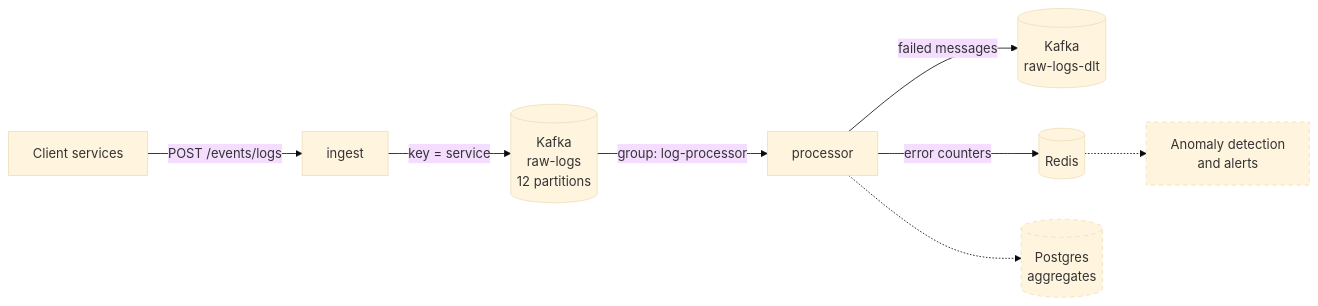
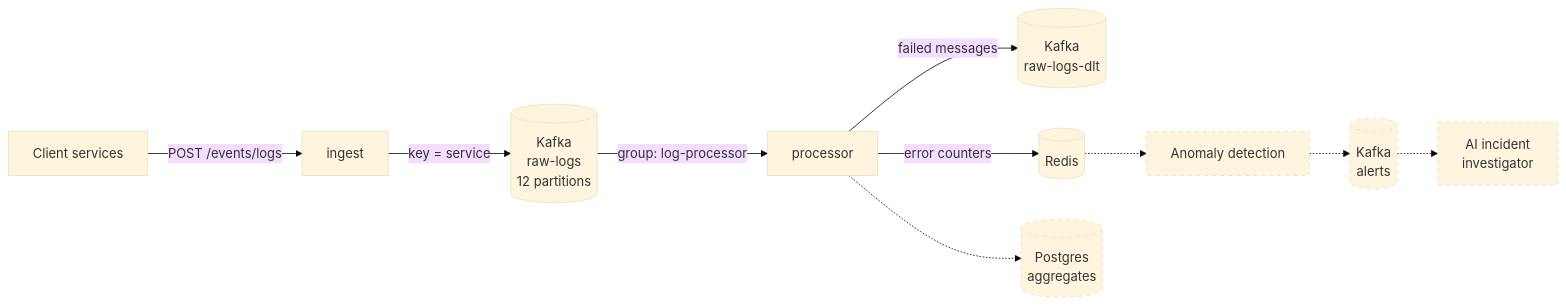
The diagram in README.md (ShaharAshe/log-analytics-platform), drawn with Mermaid (base theme) before and after one commit. The commit also changed other lines of this file, not shown here.

First line of the commit message:
Update README roadmap and architecture for the revised plan

````diff
--- a/README.md
+++ b/README.md
@@ -24,13 +25,15 @@
 ```mermaid
 flowchart LR
   S[Client services] -->|POST /events/logs| I[ingest]
   I -->|key = service| K[(Kafka<br/>raw-logs<br/>12 partitions)]
   K -->|group: log-processor| P[processor]
   P -->|failed messages| D[(Kafka<br/>raw-logs-dlt)]
   P -->|error counters| R[(Redis)]
+  R -.-> A[Anomaly detection]
+  A -.-> AL[(Kafka<br/>alerts)]
+  AL -.-> AI[AI incident<br/>investigator]
   P -.-> DB[(Postgres<br/>aggregates)]
-  R -.-> A[Anomaly detection<br/>and alerts]
 
   classDef planned stroke-dasharray: 5 5
-  class DB,A planned
+  class A,AL,AI,DB planned
 ```
````
